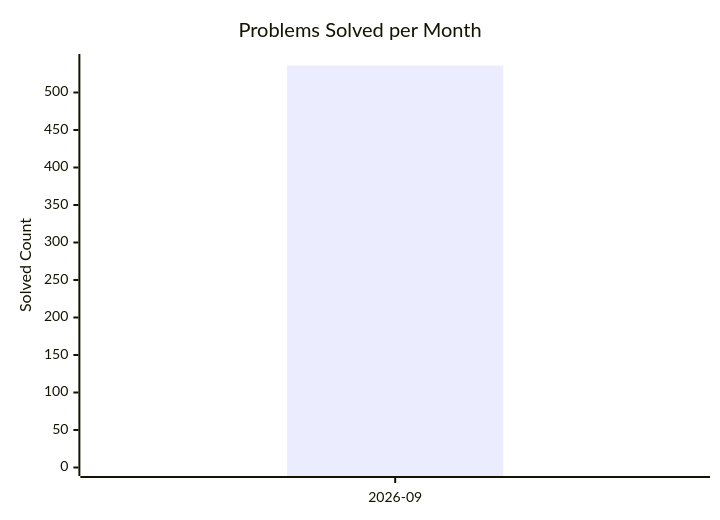
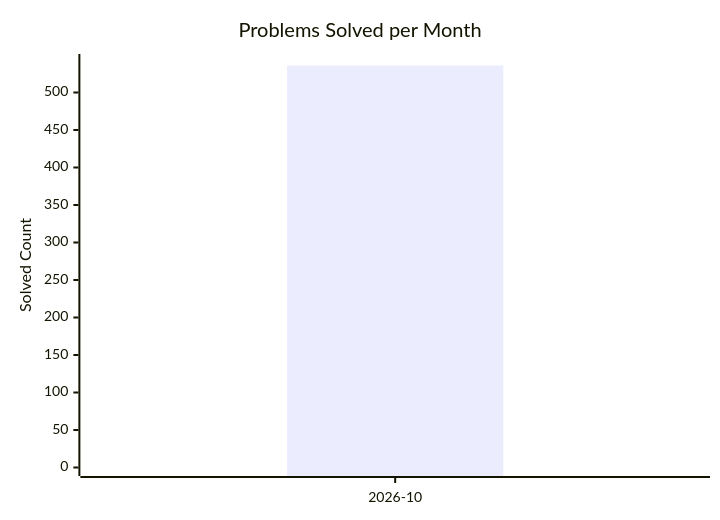
The diagram in dashboard.md (AdityaPandey-DEV/CP-Progress-Sync), drawn with Mermaid before and after one commit. The commit also changed other lines of this file, not shown here.

````diff
--- a/dashboard.md
+++ b/dashboard.md
@@ -8,8 +8,8 @@
 ```mermaid
 xychart-beta
     title "Problems Solved per Month"
-    x-axis ["2026-09"]
+    x-axis ["2026-10"]
     y-axis "Solved Count" 0 --> 540
     bar [536]
     line [536]
 ```
````
